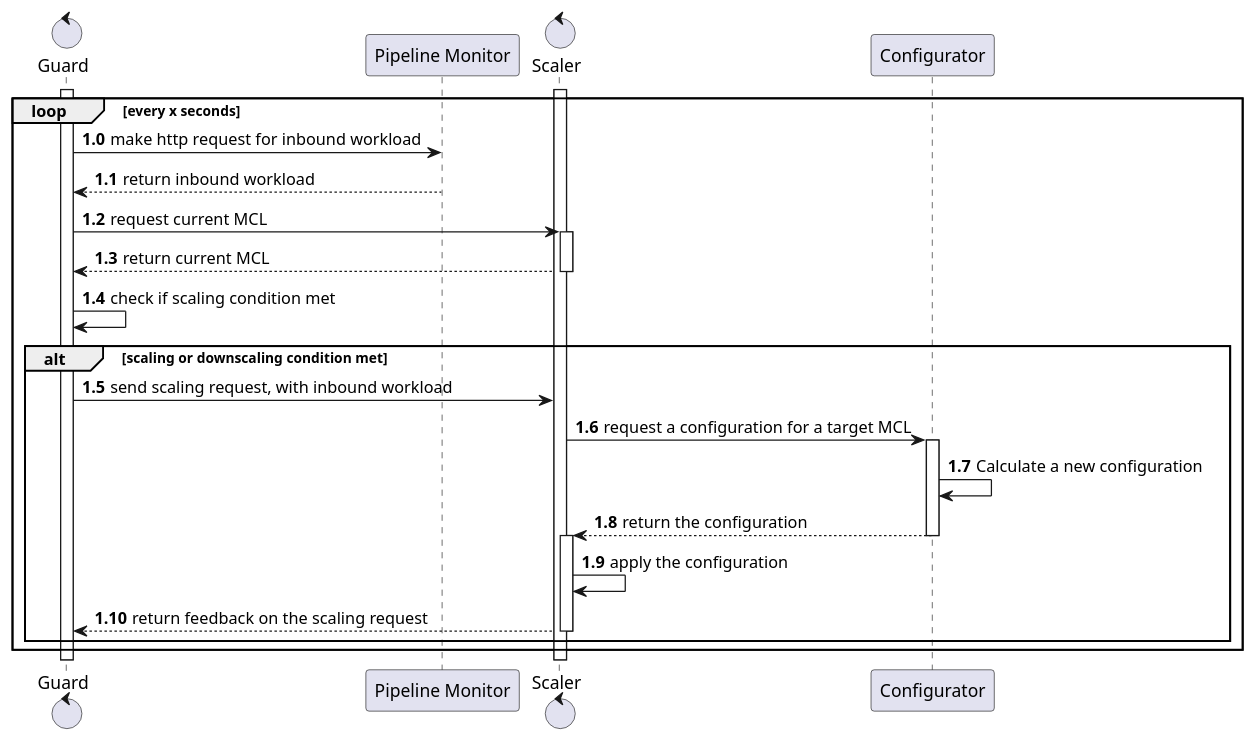
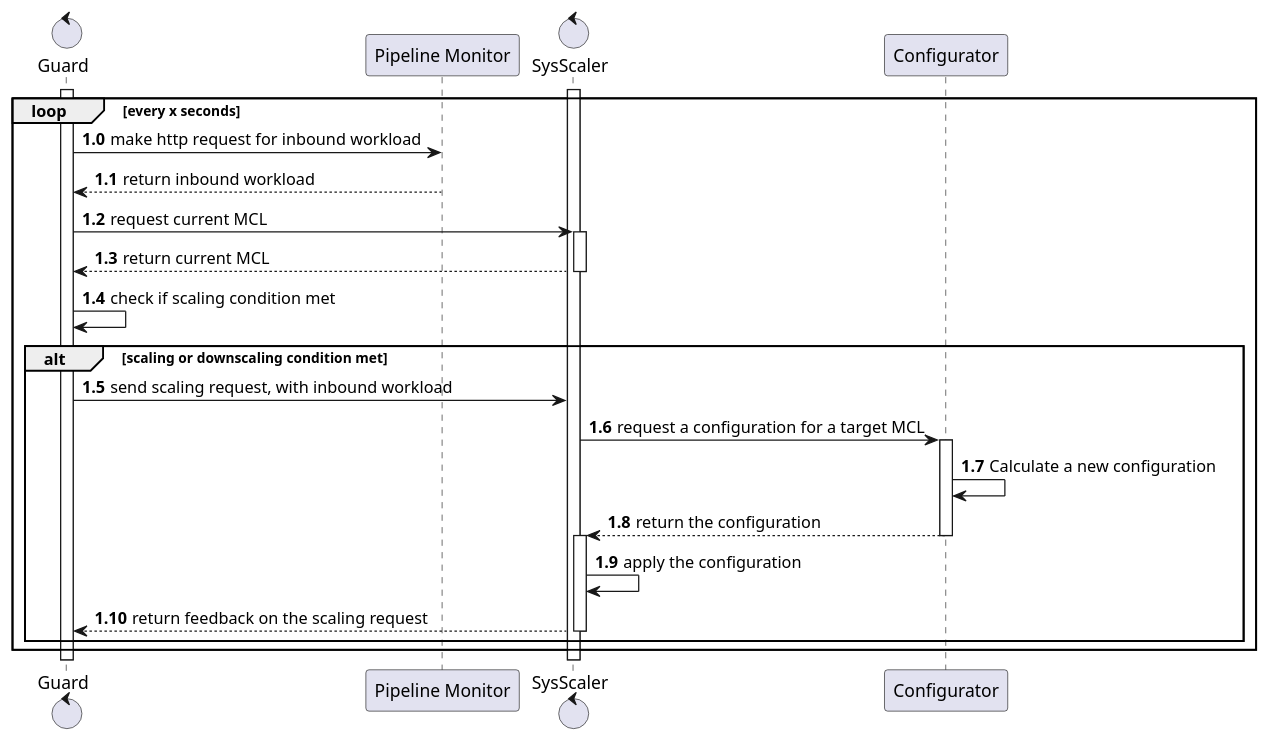
Before and after one commit to giovaz94/global-scaler: the diagram in uml/sequence.puml, drawn with PlantUML. The commit also changed 5 other files, not shown here.

```diff
--- a/uml/sequence.puml
+++ b/uml/sequence.puml
@@ -1,36 +1,36 @@
 @startuml
 control "Guard" as G
 participant "Pipeline Monitor" as M 
-control "Scaler" as S
+control "SysScaler" as S
 participant "Configurator" as C
 
 loop every x seconds
     activate G
     activate S
     autonumber 1.0
     G -> M: make http request for inbound workload
     M --> G: return inbound workload
     G -> S: request current MCL
     activate S
     S --> G: return current MCL
     deactivate S
     G -> G : check if scaling condition met
     alt scaling or downscaling condition met
         G -> S: send scaling request, with inbound workload
         S -> C: request a configuration for a target MCL
         activate C
         C -> C: Calculate a new configuration
         C --> S: return the configuration
         deactivate C
         activate S
         S -> S: apply the configuration
         S --> G: return feedback on the scaling request
         deactivate S
     end
 end
 
 
  
 
 
 @enduml
```
